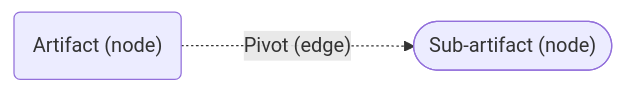
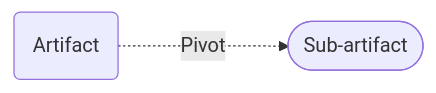
The third of 3 diagrams in docs/artifacts/index.md (korniko98/pivot-atlas), drawn with Mermaid before and after one commit. The commit also changed other lines of this file and 11 other files, not shown here.

````diff
--- a/docs/artifacts/index.md
+++ b/docs/artifacts/index.md
@@ -30,4 +42,4 @@
 ```mermaid
 flowchart LR
-	ARTIFACT("Artifact (node)") -. Pivot (edge) ..-> SUB_ARTIFACT_(["Sub-artifact (node)"])
+	ARTIFACT("Artifact") -. Pivot ..-> SUB_ARTIFACT_(["Sub-artifact"])
 ```
````
